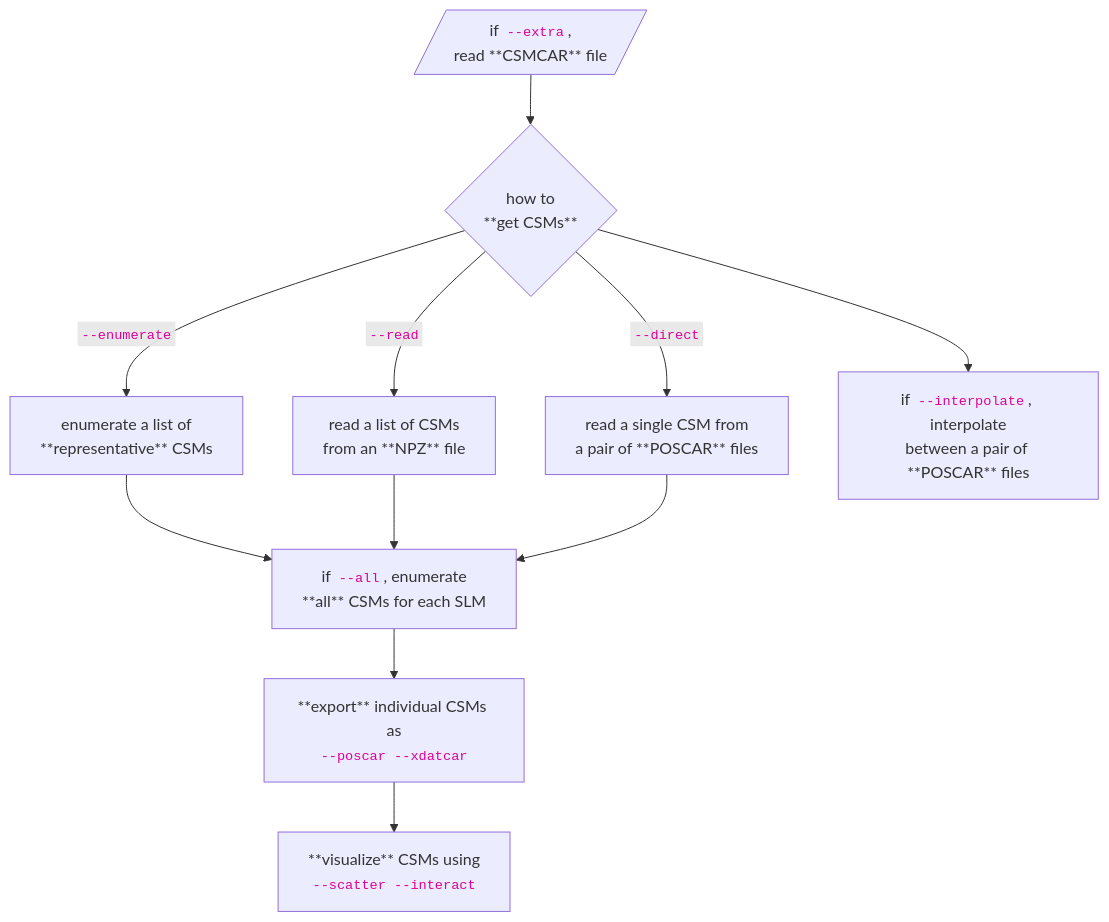
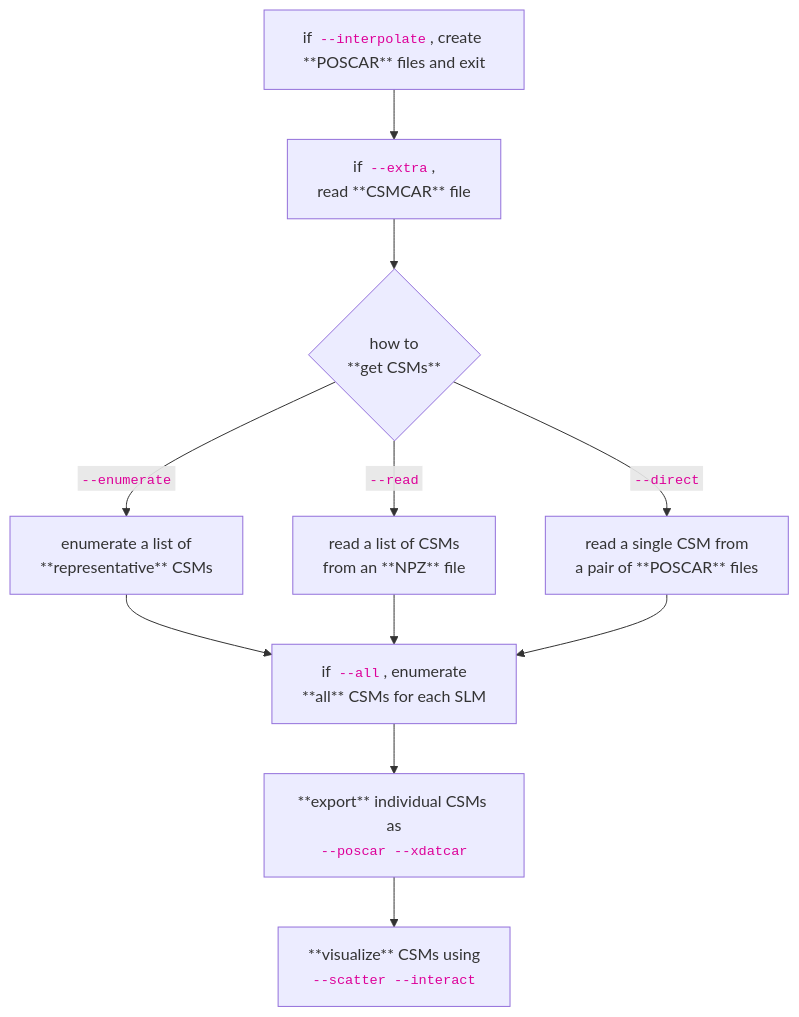
The diagram in docs/cli.md (Fangcheng-Wang/crystmatch), drawn with Mermaid before and after one commit. The commit also changed 1 other file, not shown here.

Commit message:
documentation for v2.0.9

````diff
--- a/docs/cli.md
+++ b/docs/cli.md
@@ -5,13 +5,13 @@
 ``` mermaid
 flowchart TB
-  config[/"if <code style='color: #dd0099 !important; background-color: var(--md-code-bg-color); border-radius: .1rem; font-size: .85em; padding: 0 .2941176471em; font-family: monospace; word-break: break-word;'>--extra</code>,<br>read **CSMCAR** file"/] --> mode;
+  modeI["if <code style='color: #dd0099 !important; background-color: var(--md-code-bg-color); border-radius: .1rem; font-size: .85em; padding: 0 .2941176471em; font-family: monospace; word-break: break-word;'>--interpolate</code>, create **POSCAR** files and exit"] --> config;
+  config["if <code style='color: #dd0099 !important; background-color: var(--md-code-bg-color); border-radius: .1rem; font-size: .85em; padding: 0 .2941176471em; font-family: monospace; word-break: break-word;'>--extra</code>,<br>read **CSMCAR** file"] --> mode;
   mode{how to<br>**get CSMs**} --> |"<code style='color: #dd0099 !important; background-color: var(--md-code-bg-color); border-radius: .1rem; font-size: .85em; padding: 0 .2941176471em; font-family: monospace; word-break: break-word;'>--enumerate</code>"| modeE[enumerate a list of<br>**representative** CSMs];
   modeE --> all;
   mode --> |"<code style='color: #dd0099 !important; background-color: var(--md-code-bg-color); border-radius: .1rem; font-size: .85em; padding: 0 .2941176471em; font-family: monospace; word-break: break-word;'>--read</code>"| modeR["read a list of CSMs<br>from an **NPZ** file<br>"];
   modeR --> all;
   mode --> |"<code style='color: #dd0099 !important; background-color: var(--md-code-bg-color); border-radius: .1rem; font-size: .85em; padding: 0 .2941176471em; font-family: monospace; word-break: break-word;'>--direct</code>"| modeD["read a single CSM from<br>a pair of **POSCAR** files"];
   modeD --> all["if <code style='color: #dd0099 !important; background-color: var(--md-code-bg-color); border-radius: .1rem; font-size: .85em; padding: 0 .2941176471em; font-family: monospace; word-break: break-word;'>--all</code>, enumerate<br>**all** CSMs for each SLM"];
-  mode --> modeI["if <code style='color: #dd0099 !important; background-color: var(--md-code-bg-color); border-radius: .1rem; font-size: .85em; padding: 0 .2941176471em; font-family: monospace; word-break: break-word;'>--interpolate</code>, interpolate<br>between a pair of **POSCAR** files"];
   all --> export["**export** individual CSMs as<br><code style='color: #dd0099 !important; background-color: var(--md-code-bg-color); border-radius: .1rem; font-size: .85em; padding: 0 .2941176471em; font-family: monospace; word-break: break-word;'>--poscar --xdatcar</code>"];
   export --> visualize["**visualize** CSMs using<br><code style='color: #dd0099 !important; background-color: var(--md-code-bg-color); border-radius: .1rem; font-size: .85em; padding: 0 .2941176471em; font-family: monospace; word-break: break-word;'>--scatter --interact</code>"]
 ```
````
